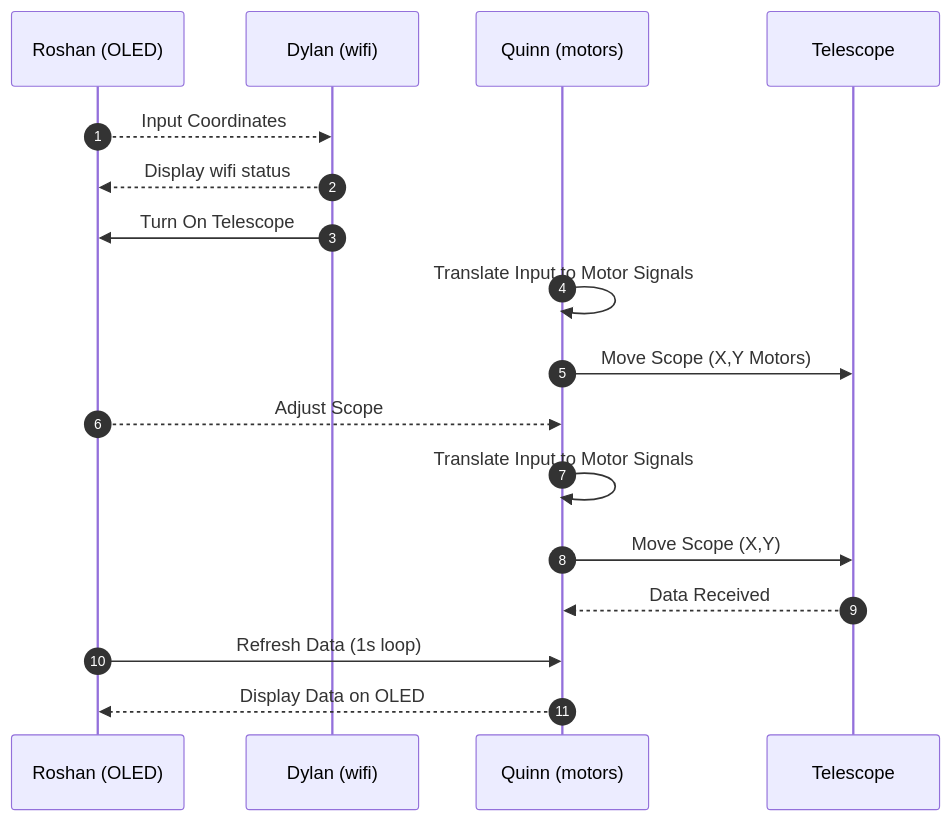
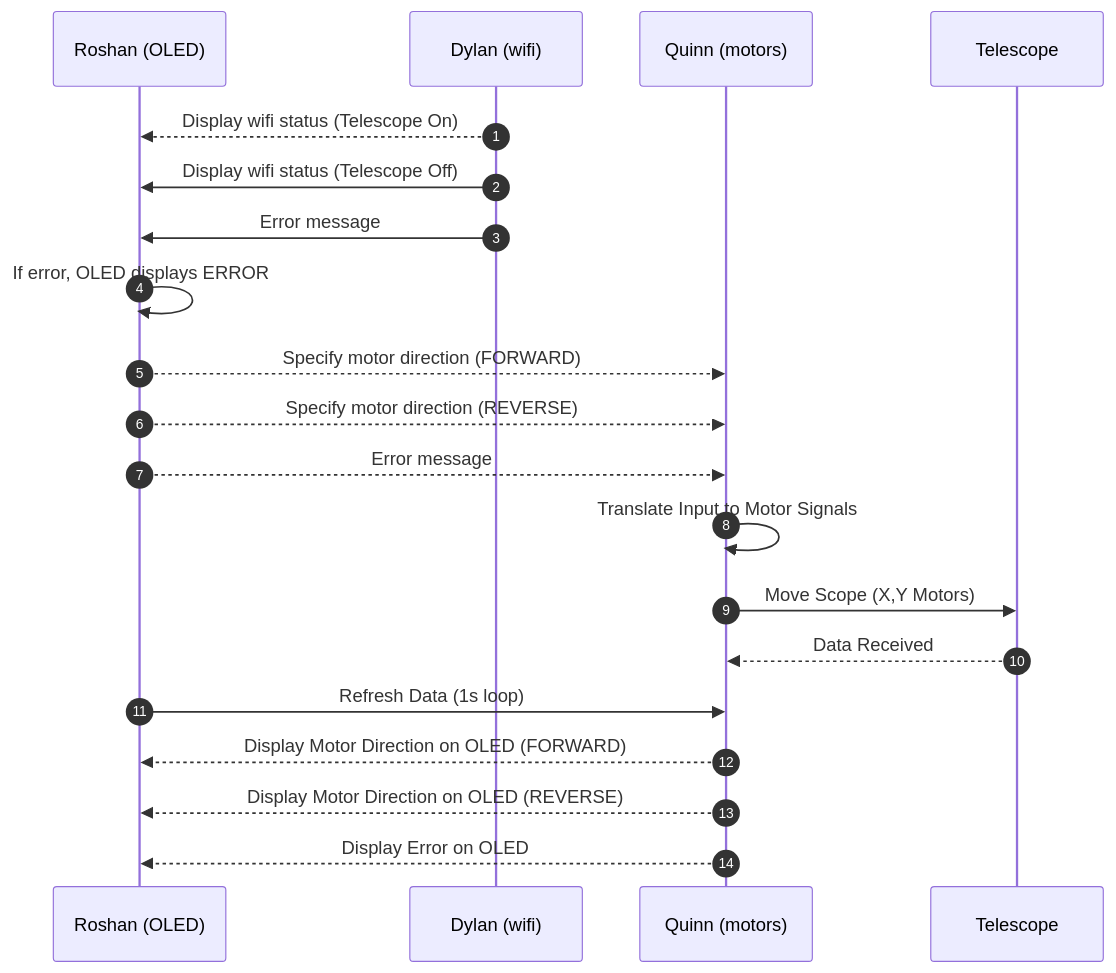
The diagram in docs/04-Team-Diagram.md (EGR314-S-2026-304/EGR314-S-2026-304.github.io), drawn with Mermaid before and after one commit.

````diff
--- a/docs/04-Team-Diagram.md
+++ b/docs/04-Team-Diagram.md
@@ -16,24 +16,28 @@
 ``` mermaid
 sequenceDiagram
   autonumber
 
 
   participant Roshan (OLED)
   participant Dylan (wifi)
   participant Quinn (motors)
   participant Telescope
 
-  Roshan (OLED)-->>Dylan (wifi): Input Coordinates
-  Dylan (wifi)-->>Roshan (OLED): Display wifi status
-  Dylan (wifi)->>Roshan (OLED): Turn On Telescope
+  Dylan (wifi)-->>Roshan (OLED): Display wifi status (Telescope On) 
+  Dylan (wifi)->>Roshan (OLED): Display wifi status (Telescope Off)
+  Dylan (wifi)->>Roshan (OLED): Error message
+  Roshan (OLED)->>Roshan (OLED): If error, OLED displays ERROR
+
+  Roshan (OLED)-->>Quinn (motors): Specify motor direction (FORWARD)
+  Roshan (OLED)-->>Quinn (motors): Specify motor direction (REVERSE)
+  Roshan (OLED)-->>Quinn (motors): Error message
   Quinn (motors)->>Quinn (motors): Translate Input to Motor Signals
   Quinn (motors)->>Telescope: Move Scope (X,Y Motors)
 
-  Roshan (OLED)-->>Quinn (motors): Adjust Scope
-  Quinn (motors)->>Quinn (motors): Translate Input to Motor Signals
-  Quinn (motors)->>Telescope: Move Scope (X,Y)
 
   Telescope-->>Quinn (motors): Data Received
   Roshan (OLED)->>Quinn (motors): Refresh Data (1s loop)
-  Quinn (motors)-->>Roshan (OLED): Display Data on OLED
+  Quinn (motors)-->>Roshan (OLED): Display Motor Direction on OLED (FORWARD)
+  Quinn (motors)-->>Roshan (OLED): Display Motor Direction on OLED (REVERSE)
+  Quinn (motors)-->>Roshan (OLED): Display Error on OLED
 ```
````
